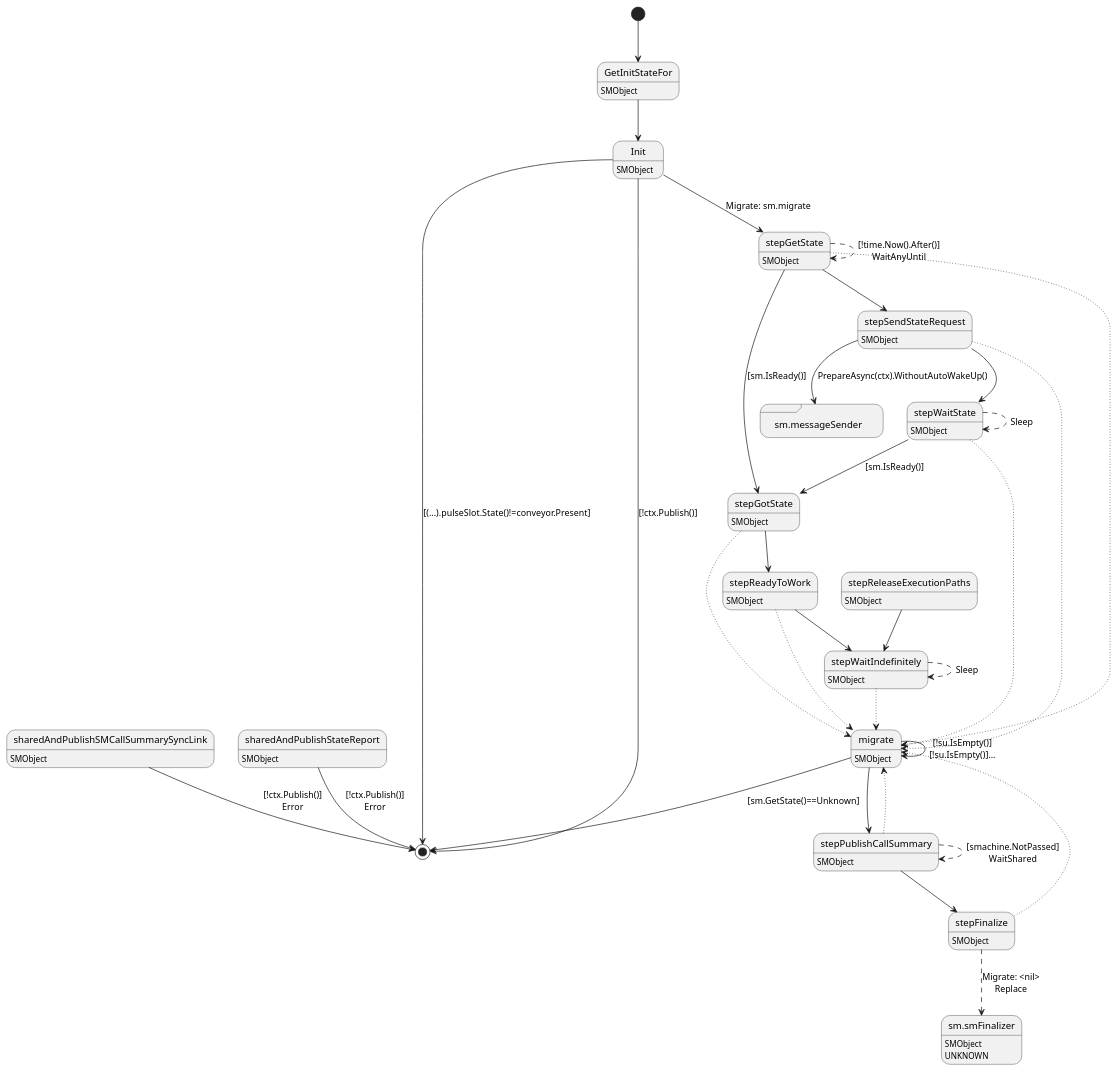
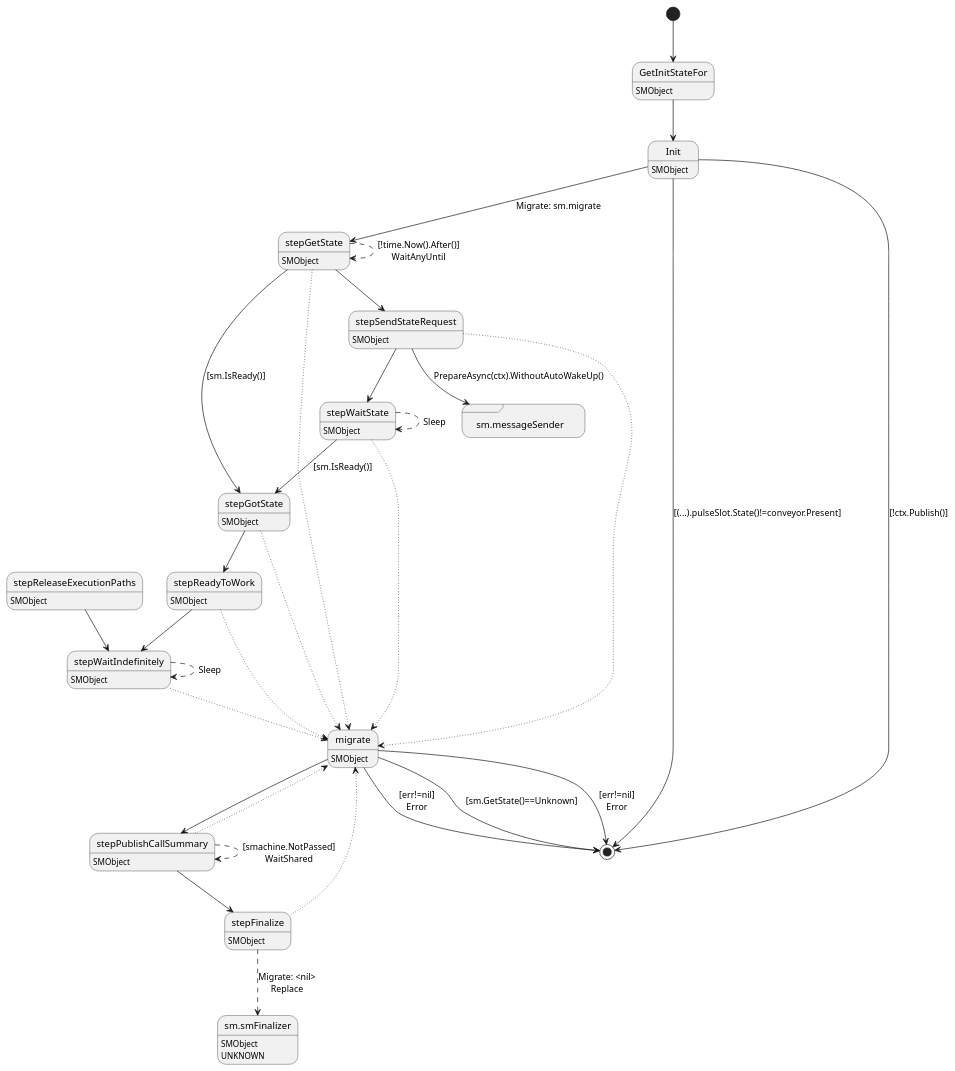
Before and after one commit to insolar/assured-ledger: the diagram in ledger-core/virtual/object/object.plantuml, drawn with PlantUML.

Commit message:
NOISSUE: Fixed UML

```diff
--- a/ledger-core/virtual/object/object.plantuml
+++ b/ledger-core/virtual/object/object.plantuml
@@ -1,66 +1,61 @@
 @startuml
 state "GetInitStateFor" as T00_S001
 T00_S001 : SMObject
 [*] --> T00_S001
 T00_S001 --> T00_S002
 state "Init" as T00_S002
 T00_S002 : SMObject
 T00_S002 --> [*] : [(...).pulseSlot.State()!=conveyor.Present]
 T00_S002 --> [*] : [!ctx.Publish()]
 T00_S002 --> T00_S005 : Migrate: sm.migrate
 state "migrate" as T00_S011
 T00_S011 : SMObject
 T00_S011 --> [*] : [sm.GetState()==Unknown]
-T00_S011 --> T00_S011 : [!su.IsEmpty()]\n[!su.IsEmpty()]...
+T00_S011 --> [*] : [err!=nil]\nError
+T00_S011 --> [*] : [err!=nil]\nError
 T00_S011 --> T00_S012
-state "sharedAndPublishSMCallSummarySyncLink" as T00_S015
-T00_S015 : SMObject
-T00_S015 --> [*] : [!ctx.Publish()]\nError
-state "sharedAndPublishStateReport" as T00_S014
-T00_S014 : SMObject
-T00_S014 --> [*] : [!ctx.Publish()]\nError
 state "sm.messageSender" as T00_S004 <<sdlreceive>>
 state "stepFinalize" as T00_S013
 T00_S013 : SMObject
 T00_S013 --[dotted]> T00_S011
 state "sm.smFinalizer" as T00_U001
 T00_U001 : SMObject
 T00_U001 : UNKNOWN 
 T00_S013 --[dashed]> T00_U001 : Migrate: <nil>\nReplace
 state "stepGetState" as T00_S005
 T00_S005 : SMObject
 T00_S005 --[dotted]> T00_S011
 T00_S005 --> T00_S007 : [sm.IsReady()]
 T00_S005 --[dashed]> T00_S005 : [!time.Now().After()]\nWaitAnyUntil
 T00_S005 --> T00_S003
 state "stepGotState" as T00_S007
 T00_S007 : SMObject
 T00_S007 --[dotted]> T00_S011
 T00_S007 --> T00_S008
 state "stepPublishCallSummary" as T00_S012
 T00_S012 : SMObject
 T00_S012 --[dotted]> T00_S011
 T00_S012 --[dashed]> T00_S012 : [smachine.NotPassed]\nWaitShared
 T00_S012 --> T00_S013
 state "stepReadyToWork" as T00_S008
 T00_S008 : SMObject
 T00_S008 --[dotted]> T00_S011
 T00_S008 --> T00_S009
 state "stepReleaseExecutionPaths" as T00_S010
 T00_S010 : SMObject
 T00_S010 --> T00_S009
 state "stepSendStateRequest" as T00_S003
 T00_S003 : SMObject
 T00_S003 --[dotted]> T00_S011
 T00_S003 --> T00_S004 : PrepareAsync(ctx).WithoutAutoWakeUp()
 T00_S003 --> T00_S006
 state "stepWaitIndefinitely" as T00_S009
 T00_S009 : SMObject
 T00_S009 --[dotted]> T00_S011
 T00_S009 --[dashed]> T00_S009 : Sleep
 state "stepWaitState" as T00_S006
 T00_S006 : SMObject
 T00_S006 --[dotted]> T00_S011
 T00_S006 --> T00_S007 : [sm.IsReady()]
 T00_S006 --[dashed]> T00_S006 : Sleep
 @enduml
```
